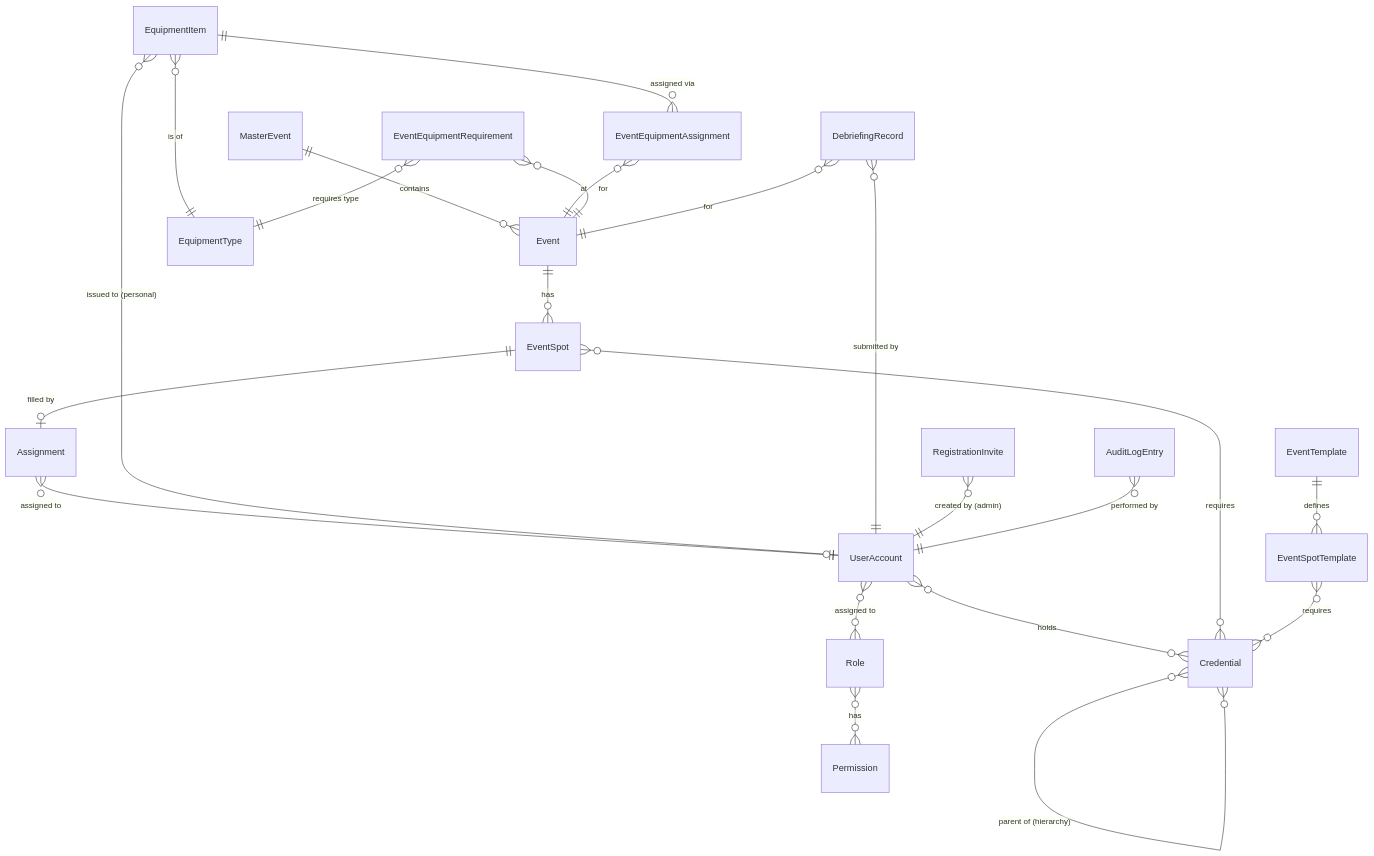
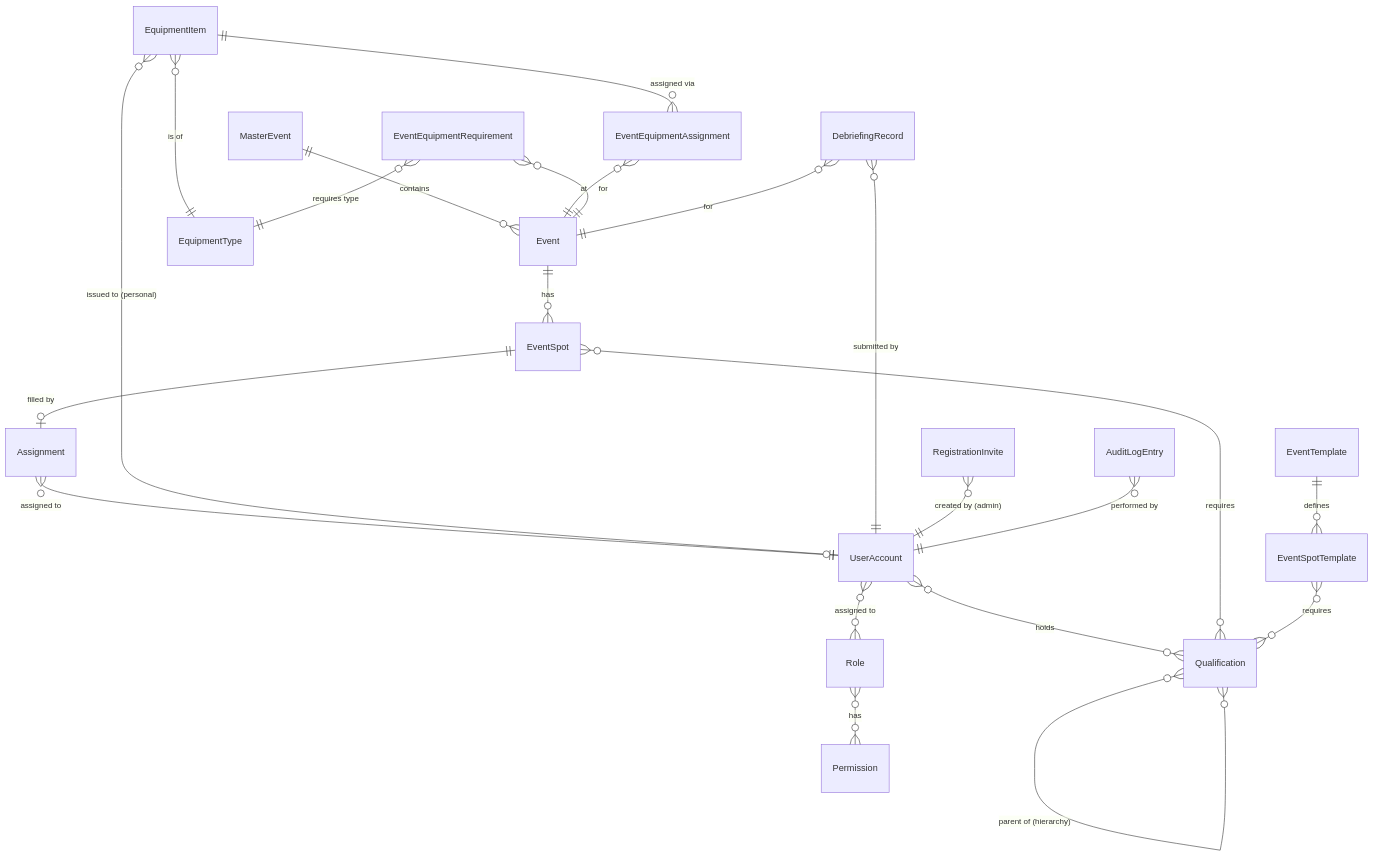
The eighth of 8 diagrams in architecture.md (mtjchm/MedCover), drawn with Mermaid before and after one commit. The commit also changed other lines of this file and 26 other files, not shown here.

First line of the commit message:
Rename Credential → Qualification throughout

````diff
--- a/architecture.md
+++ b/architecture.md
@@ -605,30 +605,30 @@
 ```mermaid
 erDiagram
     UserAccount }o--o{ Role : "assigned to"
     Role }o--o{ Permission : "has"
-    UserAccount }o--o{ Credential : "holds"
-    Credential }o--o{ Credential : "parent of (hierarchy)"
+    UserAccount }o--o{ Qualification : "holds"
+    Qualification }o--o{ Qualification : "parent of (hierarchy)"
 
     MasterEvent ||--o{ Event : "contains"
     Event ||--o{ EventSpot : "has"
-    EventSpot }o--o{ Credential : "requires"
+    EventSpot }o--o{ Qualification : "requires"
     EventSpot ||--o| Assignment : "filled by"
     Assignment }o--|| UserAccount : "assigned to"
 
     EventTemplate ||--o{ EventSpotTemplate : "defines"
-    EventSpotTemplate }o--o{ Credential : "requires"
+    EventSpotTemplate }o--o{ Qualification : "requires"
 
     EquipmentItem }o--|| EquipmentType : "is of"
     EquipmentItem }o--o| UserAccount : "issued to (personal)"
     EquipmentItem ||--o{ EventEquipmentAssignment : "assigned via"
     EventEquipmentAssignment }o--|| Event : "at"
 
     EventEquipmentRequirement }o--|| Event : "for"
     EventEquipmentRequirement }o--|| EquipmentType : "requires type"
 
     DebriefingRecord }o--|| Event : "for"
     DebriefingRecord }o--|| UserAccount : "submitted by"
 
     RegistrationInvite }o--|| UserAccount : "created by (admin)"
     AuditLogEntry }o--|| UserAccount : "performed by"
 ```
````
